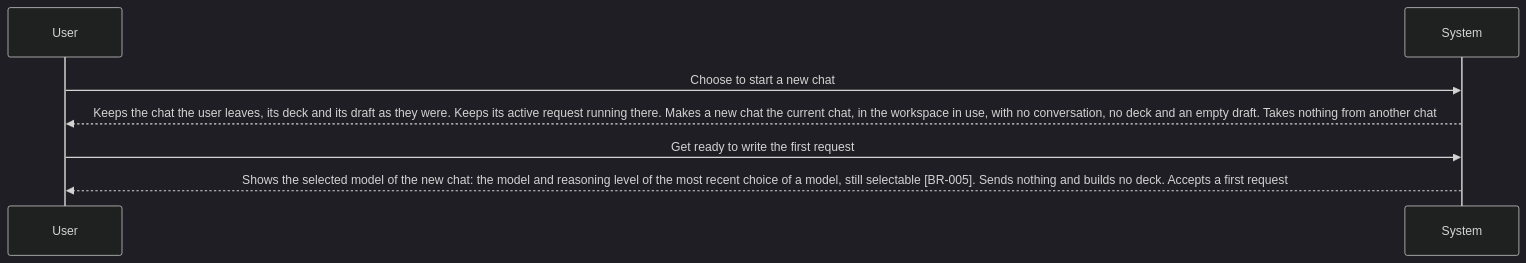
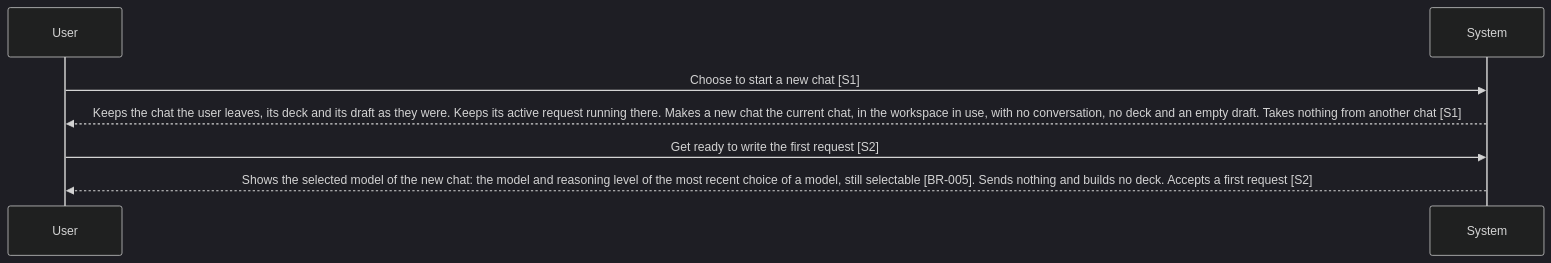
The diagram in dev/mvp/spec/02-use-cases/UC-012.md (Luke23127006/DeckAgent), drawn with Mermaid (dark theme) before and after one commit. The commit also changed 14 other files, not shown here.

First line of the commit message:
docs(spec): tag use case diagram messages with their step ID

````diff
--- a/dev/mvp/spec/02-use-cases/UC-012.md
+++ b/dev/mvp/spec/02-use-cases/UC-012.md
@@ -15,9 +15,9 @@
 ```mermaid
 sequenceDiagram
   participant U as User
   participant S as System
-  U->>S: Choose to start a new chat
-  S-->>U: Keeps the chat the user leaves, its deck and its draft as they were. Keeps its active request running there. Makes a new chat the current chat, in the workspace in use, with no conversation, no deck and an empty draft. Takes nothing from another chat
-  U->>S: Get ready to write the first request
-  S-->>U: Shows the selected model of the new chat: the model and reasoning level of the most recent choice of a model, still selectable [BR-005]. Sends nothing and builds no deck. Accepts a first request
+  U->>S: Choose to start a new chat [S1]
+  S-->>U: Keeps the chat the user leaves, its deck and its draft as they were. Keeps its active request running there. Makes a new chat the current chat, in the workspace in use, with no conversation, no deck and an empty draft. Takes nothing from another chat [S1]
+  U->>S: Get ready to write the first request [S2]
+  S-->>U: Shows the selected model of the new chat: the model and reasoning level of the most recent choice of a model, still selectable [BR-005]. Sends nothing and builds no deck. Accepts a first request [S2]
 ```
````
